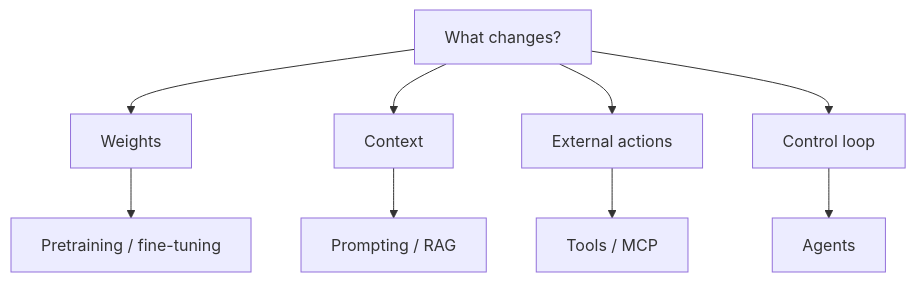
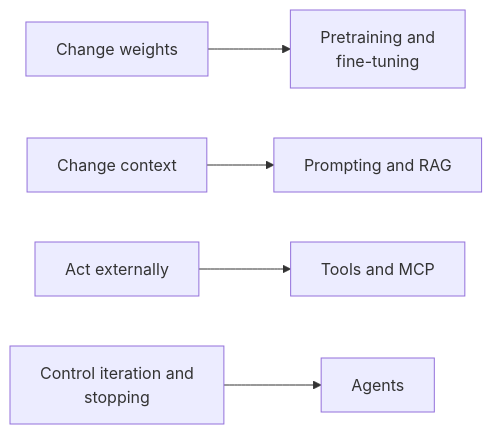
The first of 2 diagrams in articles/report/llm-training-finetuning-rag-agents/en/index.mdx (daylight55/research), drawn with Mermaid before and after one commit. The commit also changed other lines of this file and 181 other files, not shown here.

First line of the commit message:
全記事の図解368点を再生成し、共通注意書きを削除 (#402)

````diff
--- a/articles/report/llm-training-finetuning-rag-agents/en/index.mdx
+++ b/articles/report/llm-training-finetuning-rag-agents/en/index.mdx
@@ -33,11 +33,17 @@
 ```mermaid
-flowchart TD
-  Q["What changes?"] --> W["Weights"]
-  Q --> C["Context"]
-  Q --> A["External actions"]
-  Q --> L["Control loop"]
-  W --> P["Pretraining / fine-tuning"]
-  C --> R["Prompting / RAG"]
-  A --> T["Tools / MCP"]
-  L --> G["Agents"]
+flowchart LR
+  accTitle: Distinguish weights, context, external actions and control
+  accDescr: Pretraining and fine-tuning change weights, RAG retrieved context, and tools external actions. Agents coordinate repeated use of these capabilities.
+  N0["Change weights"]
+  N1["Pretraining and<br/>fine-tuning"]
+  N2["Change context"]
+  N3["Prompting and RAG"]
+  N4["Act externally"]
+  N5["Tools and MCP"]
+  N6["Control iteration and<br/>stopping"]
+  N7["Agents"]
+  N0 --> N1
+  N2 --> N3
+  N4 --> N5
+  N6 --> N7
 ```
````
